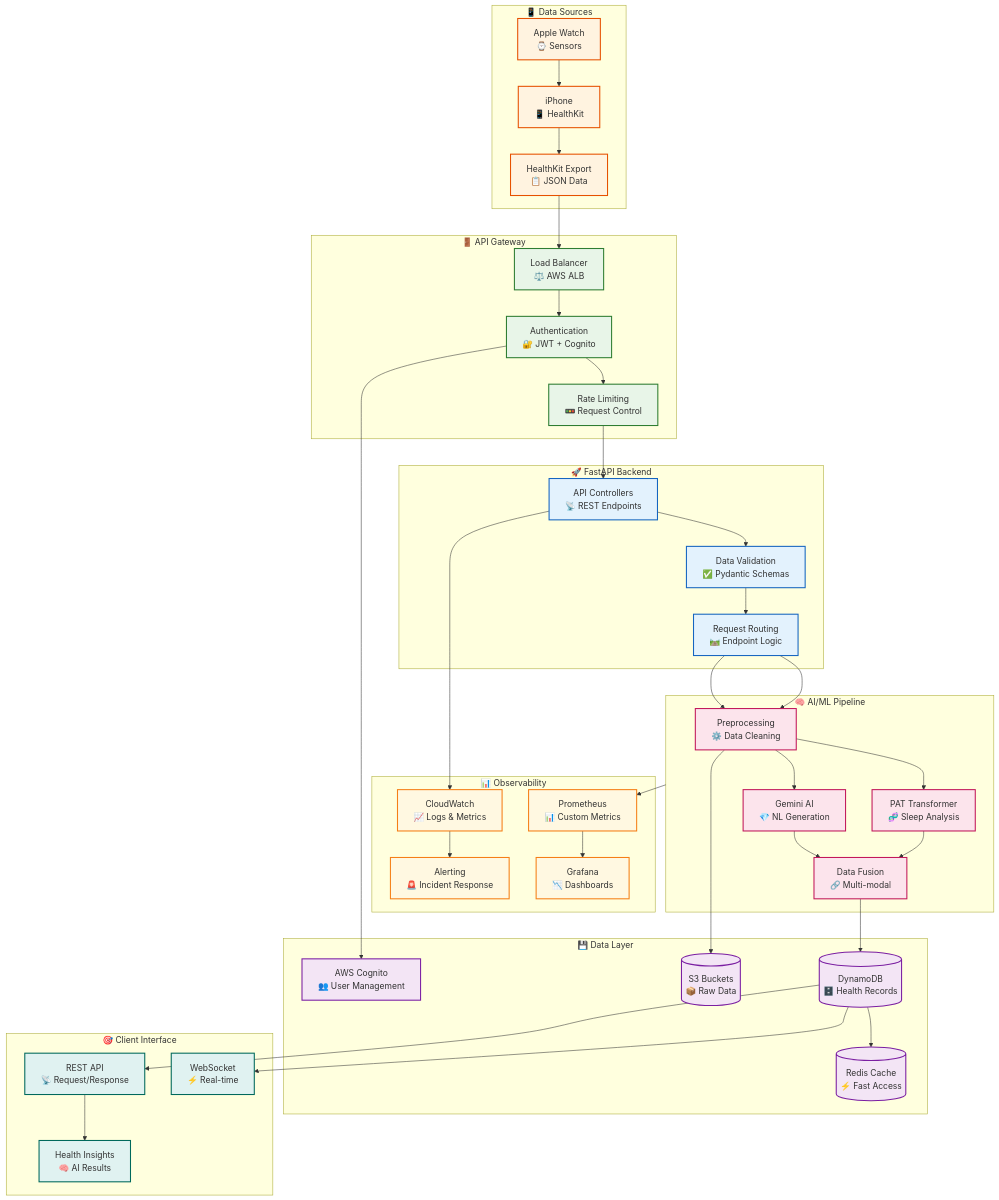
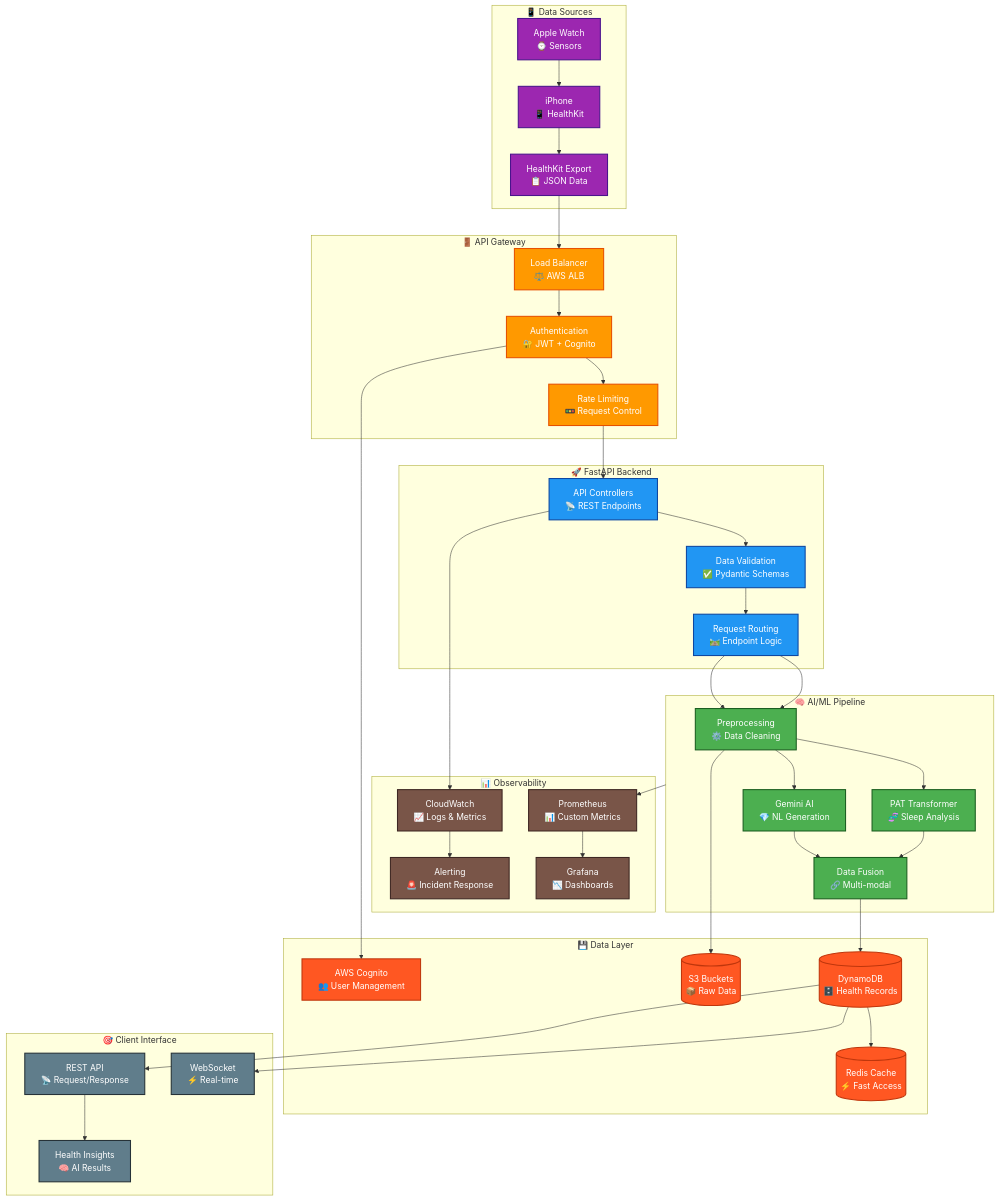
The second of 2 diagrams in docs/01-overview.md (Clairty-Digital-Twin/clarity-loop-backend), drawn with Mermaid before and after one commit. The commit also changed 2 other files, not shown here.

Commit message:
fix: Update documentation styling for improved visual consistency and clarity
- Revised class definitions in the overview and AI models documentation to enhance visual representation and align with the platform's branding.
- Updated color schemes to bold colors with white text for better readability and semantic structure, reinforcing clarity in diagrams.
- Improved consistency across documentation styling to reflect recent changes in system architecture and enhance user understanding.

```diff
--- a/docs/01-overview.md
+++ b/docs/01-overview.md
@@ -111,14 +111,14 @@
     DDB --> REST
     REST --> Insights
     
-    %% Styling
-    classDef device fill:#fff3e0,stroke:#e65100,stroke-width:2px
-    classDef gateway fill:#e8f5e8,stroke:#2e7d32,stroke-width:2px
-    classDef backend fill:#e3f2fd,stroke:#1565c0,stroke-width:2px
-    classDef ai fill:#fce4ec,stroke:#c2185b,stroke-width:2px
-    classDef storage fill:#f3e5f5,stroke:#7b1fa2,stroke-width:2px
-    classDef monitor fill:#fff8e1,stroke:#f57f17,stroke-width:2px
-    classDef output fill:#e0f2f1,stroke:#00695c,stroke-width:2px
+    %% Styling - Bold colors with white text
+    classDef device fill:#9c27b0,stroke:#4a148c,stroke-width:2px,color:white
+    classDef gateway fill:#ff9900,stroke:#e65100,stroke-width:2px,color:white
+    classDef backend fill:#2196f3,stroke:#0d47a1,stroke-width:2px,color:white
+    classDef ai fill:#4caf50,stroke:#1b5e20,stroke-width:2px,color:white
+    classDef storage fill:#ff5722,stroke:#bf360c,stroke-width:2px,color:white
+    classDef monitor fill:#795548,stroke:#3e2723,stroke-width:2px,color:white
+    classDef output fill:#607d8b,stroke:#263238,stroke-width:2px,color:white
     
     class AW,IP,Export device
     class LB,Auth,Rate gateway
```
